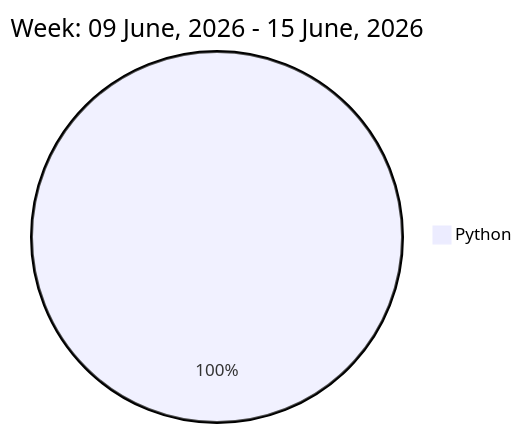
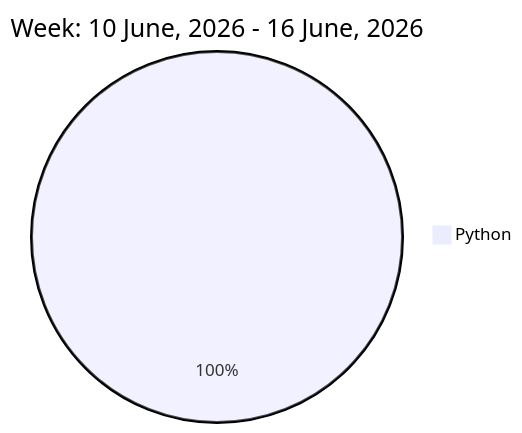
One commit to liubin95/liubin95 changed the diagram in README.md. Above: the diagram before and after it, drawn with Mermaid.

Commit message:
Updated the Graph with new Metrics

````diff
--- a/README.md
+++ b/README.md
@@ -32,5 +32,5 @@
 ```mermaid
  pie
-title Week: 09 June, 2026 - 15 June, 2026
- "Python" : 11.35
+title Week: 10 June, 2026 - 16 June, 2026
+ "Python" : 11.57
 ```
````
